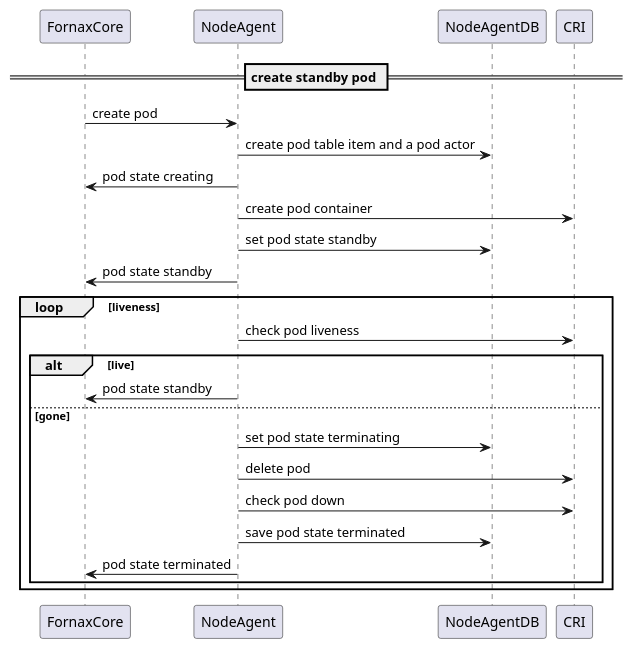
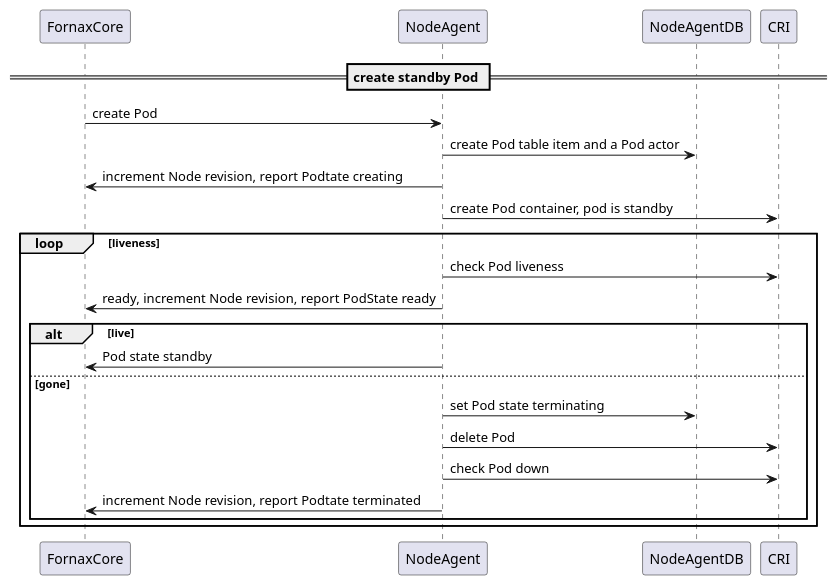
Before and after one commit to CentaurusInfra/fornax-serverless: the third of 9 diagrams in doc/design/nodeagent.md, drawn with PlantUML. The commit also changed other lines of this file and 3 other files, not shown here.

Commit message:
add node revision design in node agent doc and remove not accurate information in architecture doc

````diff
--- a/doc/design/nodeagent.md
+++ b/doc/design/nodeagent.md
@@ -123,25 +117,23 @@
 ```puml
 @startuml
-== create standby pod ==
-FornaxCore -> NodeAgent: create pod
-NodeAgent-> NodeAgentDB: create pod table item and a pod actor
-NodeAgent-> FornaxCore: pod state creating
-NodeAgent-> CRI: create pod container
-NodeAgent-> NodeAgentDB: set pod state standby
-NodeAgent-> FornaxCore: pod state standby
+== create standby Pod ==
+FornaxCore -> NodeAgent: create Pod
+NodeAgent-> NodeAgentDB: create Pod table item and a Pod actor
+NodeAgent-> FornaxCore: increment Node revision, report Podtate creating
+NodeAgent-> CRI: create Pod container, pod is standby
 
 loop liveness
-NodeAgent-> CRI: check pod liveness
+NodeAgent-> CRI: check Pod liveness
+NodeAgent-> FornaxCore: ready, increment Node revision, report PodState ready
 alt live
-NodeAgent-> FornaxCore: pod state standby
+NodeAgent-> FornaxCore: Pod state standby
 else gone
-NodeAgent-> NodeAgentDB: set pod state terminating
-NodeAgent-> CRI: delete pod
-NodeAgent-> CRI: check pod down
-NodeAgent-> NodeAgentDB: save pod state terminated
-NodeAgent-> FornaxCore: pod state terminated
+NodeAgent-> NodeAgentDB: set Pod state terminating
+NodeAgent-> CRI: delete Pod
+NodeAgent-> CRI: check Pod down
+NodeAgent-> FornaxCore: increment Node revision, report Podtate terminated
 end
 end
 
 @enduml
 ```
````
